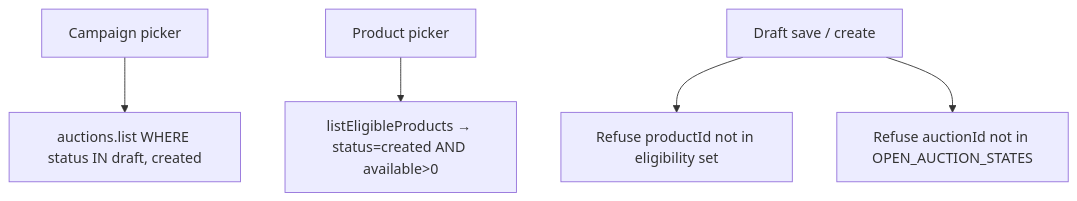
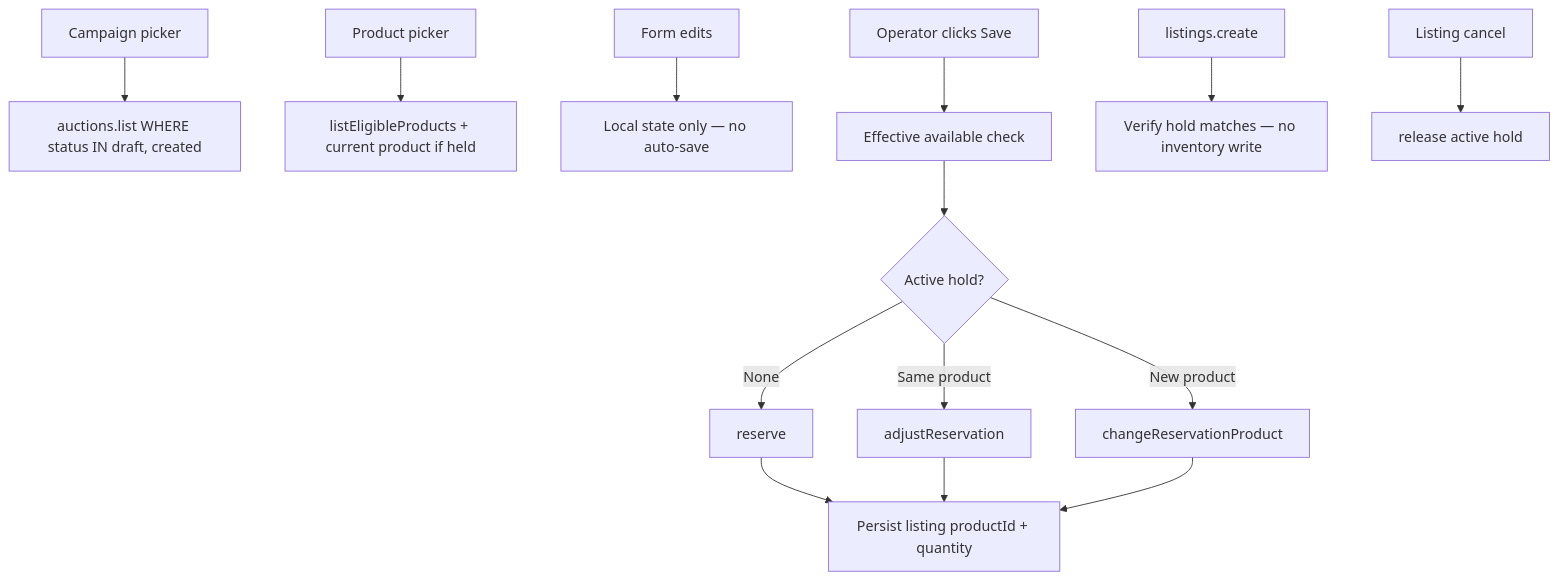
The second of 2 diagrams in openspec/changes/add-admin-auction-campaigns/design.md (potzchan6969/grade10-spec), drawn with Mermaid before and after one commit. The commit also changed other lines of this file and 4 other files, not shown here.

First line of the commit message:
docs(auction): require explicit save to sync listing inventory holds

````diff
--- a/openspec/changes/add-admin-auction-campaigns/design.md
+++ b/openspec/changes/add-admin-auction-campaigns/design.md
@@ -133,7 +180,16 @@
 ```mermaid
 flowchart TD
   camp[Campaign picker] --> filtCamp["auctions.list WHERE status IN draft, created"]
-  prod[Product picker] --> elig["listEligibleProducts → status=created AND available>0"]
-  save[Draft save / create] --> valProd[Refuse productId not in eligibility set]
-  save --> valCamp[Refuse auctionId not in OPEN_AUCTION_STATES]
+  prod[Product picker] --> elig["listEligibleProducts + current product if held"]
+  form[Form edits] --> local[Local state only — no auto-save]
+  save[Operator clicks Save] --> valProd[Effective available check]
+  valProd --> sync{Active hold?}
+  sync -->|None| reserve[reserve]
+  sync -->|Same product| adjust[adjustReservation]
+  sync -->|New product| change[changeReservationProduct]
+  reserve --> persist[Persist listing productId + quantity]
+  adjust --> persist
+  change --> persist
+  create[listings.create] --> verify[Verify hold matches — no inventory write]
+  cancel[Listing cancel] --> release[release active hold]
 ```
````
